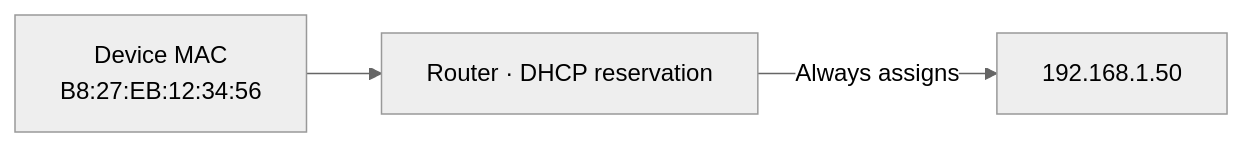
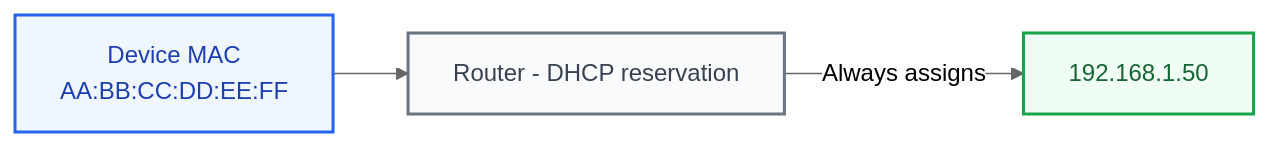
The diagram in docs/diagrams/source/dgm-07-network-dhcp-reservation.mmd (kiavash599/conduit-control-center), drawn with Mermaid (neutral theme) before and after one commit. The commit also changed other lines of this file and 36 other files, not shown here.

Commit message:
docs: add networking chapter diagrams

```diff
--- a/docs/diagrams/source/dgm-07-network-dhcp-reservation.mmd
+++ b/docs/diagrams/source/dgm-07-network-dhcp-reservation.mmd
@@ -1,4 +1,13 @@
-%% DGM-07 network-dhcp-reservation — reservation ties a device MAC to a fixed IP
+%% DGM-07 network-dhcp-reservation - reservation ties a device MAC to a fixed IP
 flowchart LR
-  MAC[Device MAC<br/>B8:27:EB:12:34:56] --> D[Router · DHCP reservation]
+  MAC[Device MAC<br/>AA:BB:CC:DD:EE:FF] --> D[Router - DHCP reservation]
   D -->|Always assigns| IP[192.168.1.50]
+
+  classDef primary fill:#EFF6FF,stroke:#2563EB,color:#1E40AF,stroke-width:2px;
+  classDef neutral fill:#F9FAFB,stroke:#6B7280,color:#374151,stroke-width:2px;
+  classDef success fill:#F0FDF4,stroke:#16A34A,color:#166534,stroke-width:2px;
+  classDef warning fill:#FFFBEB,stroke:#D97706,color:#92400E,stroke-width:2px;
+  classDef danger  fill:#FEF2F2,stroke:#DC2626,color:#991B1B,stroke-width:2px;
+  class MAC primary;
+  class D neutral;
+  class IP success;
```
